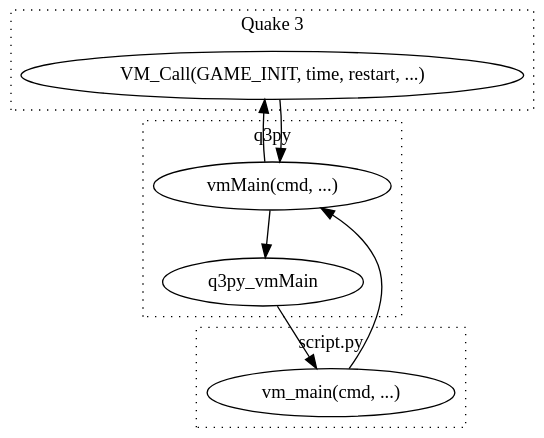
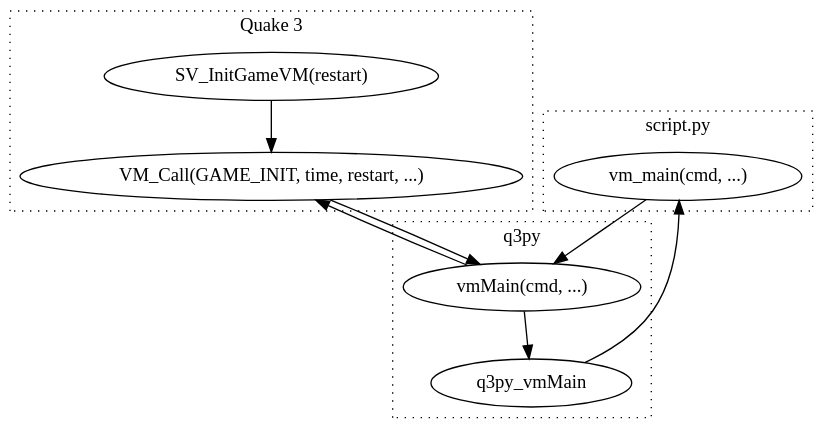
Before and after one commit to robo9k/q3py: the diagram in doc/dot/quake3-calling-q3py.gv, drawn with Graphviz.

Commit message:
Add another function level to Q3->q3py call graph

```diff
--- a/doc/dot/quake3-calling-q3py.gv
+++ b/doc/dot/quake3-calling-q3py.gv
@@ -1,35 +1,36 @@
 digraph q3py {
 	subgraph cluster_q3 {
 		label = "Quake 3";
 		graph[style=dotted];
 		bgcolor=white;
 
-		VM_Call;
+		SV_InitGameVM -> VM_Call;
 	}
 
 	subgraph cluster_q3py {
 		label = "q3py";
 		graph[style=dotted];
 		bgcolor=white;
 
 		VM_Call -> vmMain;
 
 		vmMain -> q3py_vmMain;
 		vmMain -> VM_Call;
 	}
 
 	subgraph cluster_py {
 		label = "script.py";
 		graph[style=dotted];
 		bgcolor=white;
 
 		q3py_vmMain -> vm_main;
 		vm_main -> vmMain;
 	}
 
 	bgcolor=transparent;
 
+	SV_InitGameVM [label="SV_InitGameVM(restart)"];
 	VM_Call [label="VM_Call(GAME_INIT, time, restart, ...)"];
 	vmMain [label="vmMain(cmd, ...)"];
 	vm_main [label="vm_main(cmd, ...)"];
 }
```
